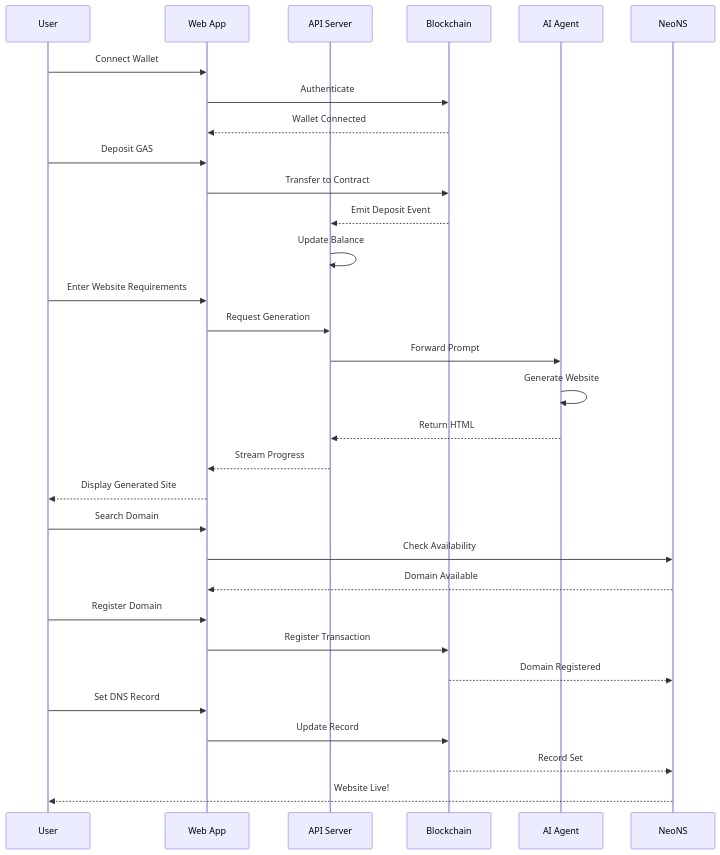
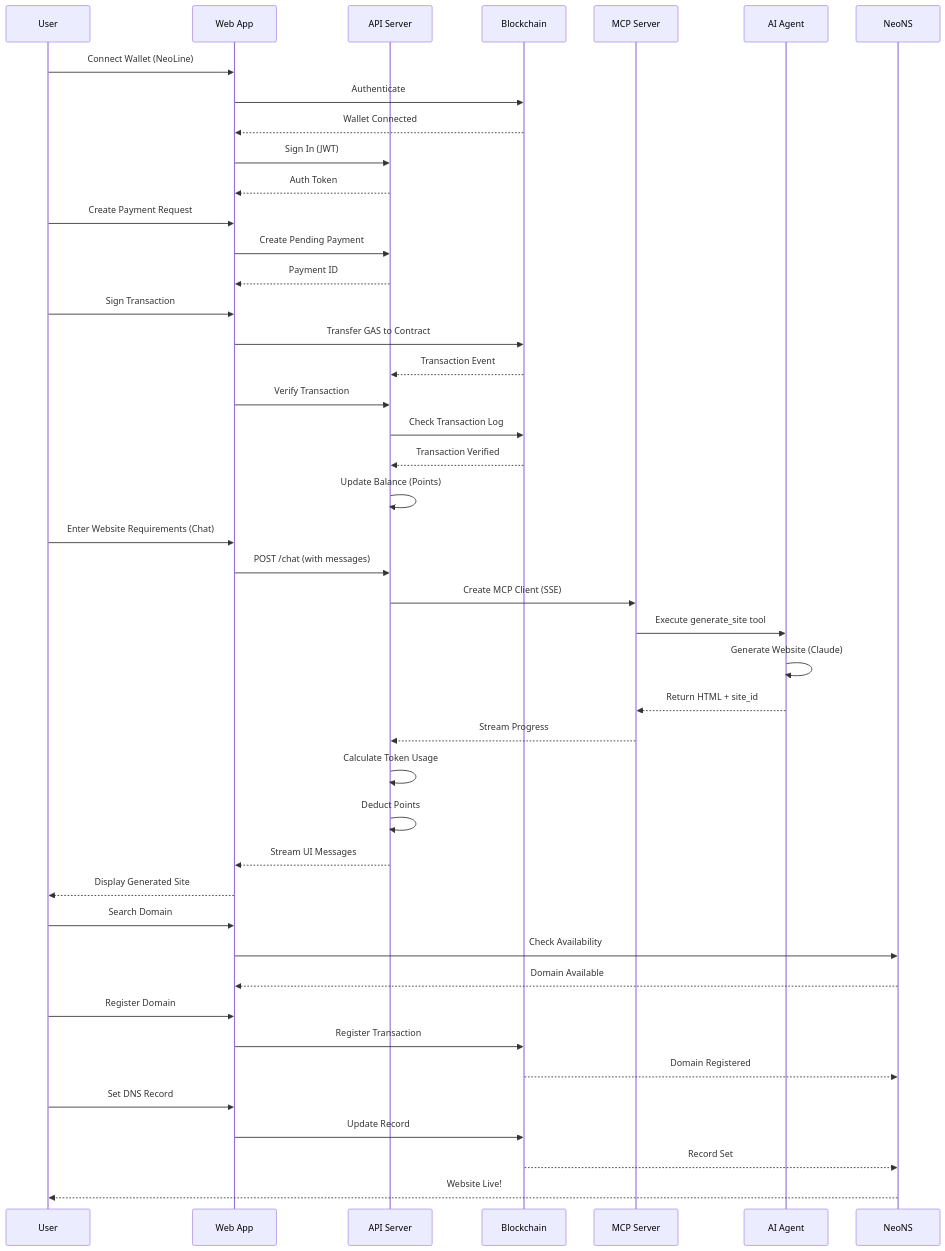
Before and after one commit to UyLeQuoc/neo-spoon-vibe-coding-app: the second of 9 diagrams in docs/pitch-deck.md, drawn with Mermaid. The commit also changed other lines of this file and 1 other file, not shown here.

````diff
--- a/docs/pitch-deck.md
+++ b/docs/pitch-deck.md
@@ -103,37 +106,50 @@
 ```mermaid
 sequenceDiagram
     participant U as User
     participant W as Web App
     participant API as API Server
     participant BC as Blockchain
+    participant MCP as MCP Server
     participant AI as AI Agent
     participant NS as NeoNS
     
-    U->>W: Connect Wallet
+    U->>W: Connect Wallet (NeoLine)
     W->>BC: Authenticate
     BC-->>W: Wallet Connected
+    W->>API: Sign In (JWT)
+    API-->>W: Auth Token
     
-    U->>W: Deposit GAS
-    W->>BC: Transfer to Contract
-    BC-->>API: Emit Deposit Event
-    API->>API: Update Balance
+    U->>W: Create Payment Request
+    W->>API: Create Pending Payment
+    API-->>W: Payment ID
+    U->>W: Sign Transaction
+    W->>BC: Transfer GAS to Contract
+    BC-->>API: Transaction Event
+    W->>API: Verify Transaction
+    API->>BC: Check Transaction Log
+    BC-->>API: Transaction Verified
+    API->>API: Update Balance (Points)
     
-    U->>W: Enter Website Requirements
-    W->>API: Request Generation
-    API->>AI: Forward Prompt
-    AI->>AI: Generate Website
-    AI-->>API: Return HTML
-    API-->>W: Stream Progress
+    U->>W: Enter Website Requirements (Chat)
+    W->>API: POST /chat (with messages)
+    API->>MCP: Create MCP Client (SSE)
+    MCP->>AI: Execute generate_site tool
+    AI->>AI: Generate Website (Claude)
+    AI-->>MCP: Return HTML + site_id
+    MCP-->>API: Stream Progress
+    API->>API: Calculate Token Usage
+    API->>API: Deduct Points
+    API-->>W: Stream UI Messages
     W-->>U: Display Generated Site
     
     U->>W: Search Domain
     W->>NS: Check Availability
     NS-->>W: Domain Available
     U->>W: Register Domain
     W->>BC: Register Transaction
     BC-->>NS: Domain Registered
     U->>W: Set DNS Record
     W->>BC: Update Record
     BC-->>NS: Record Set
     NS-->>U: Website Live!
 ```
````
